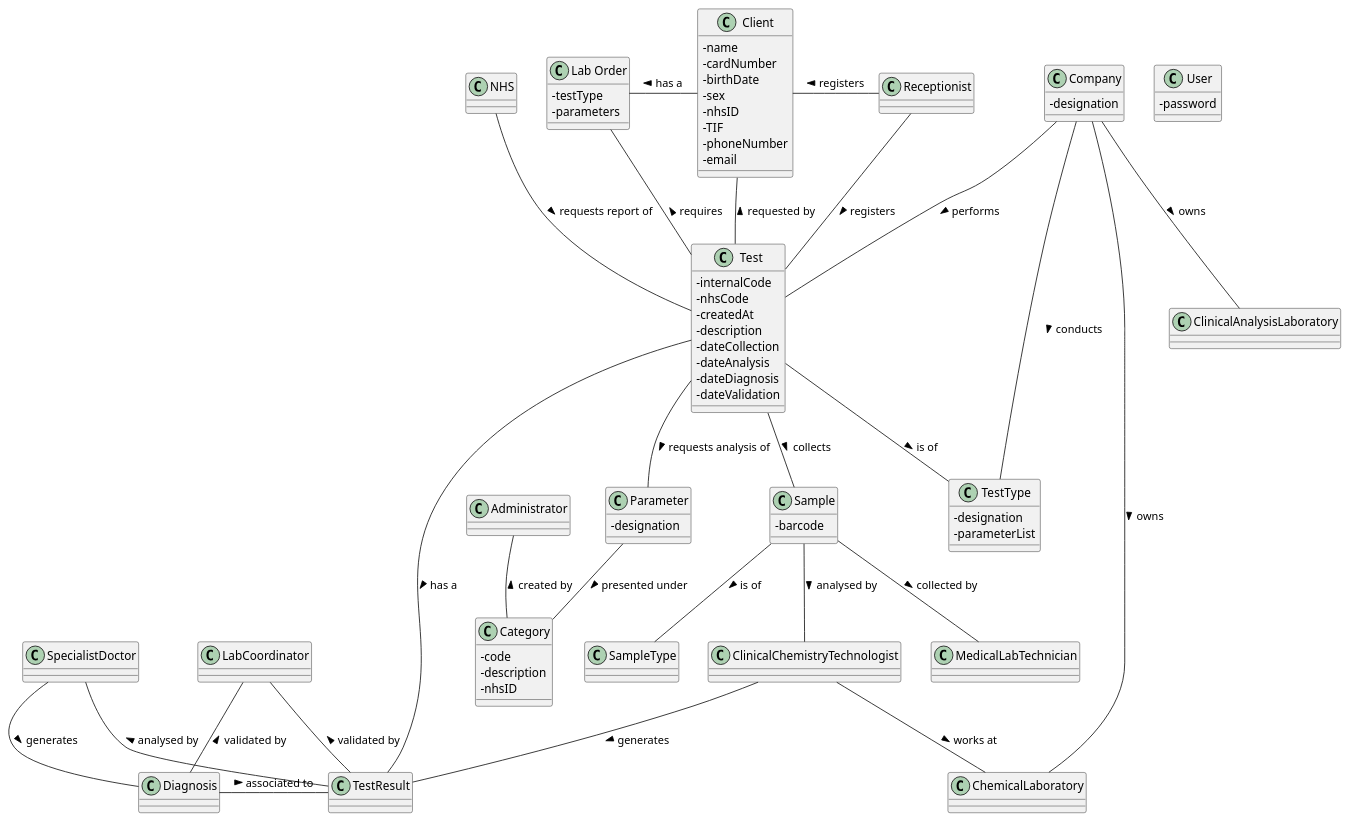
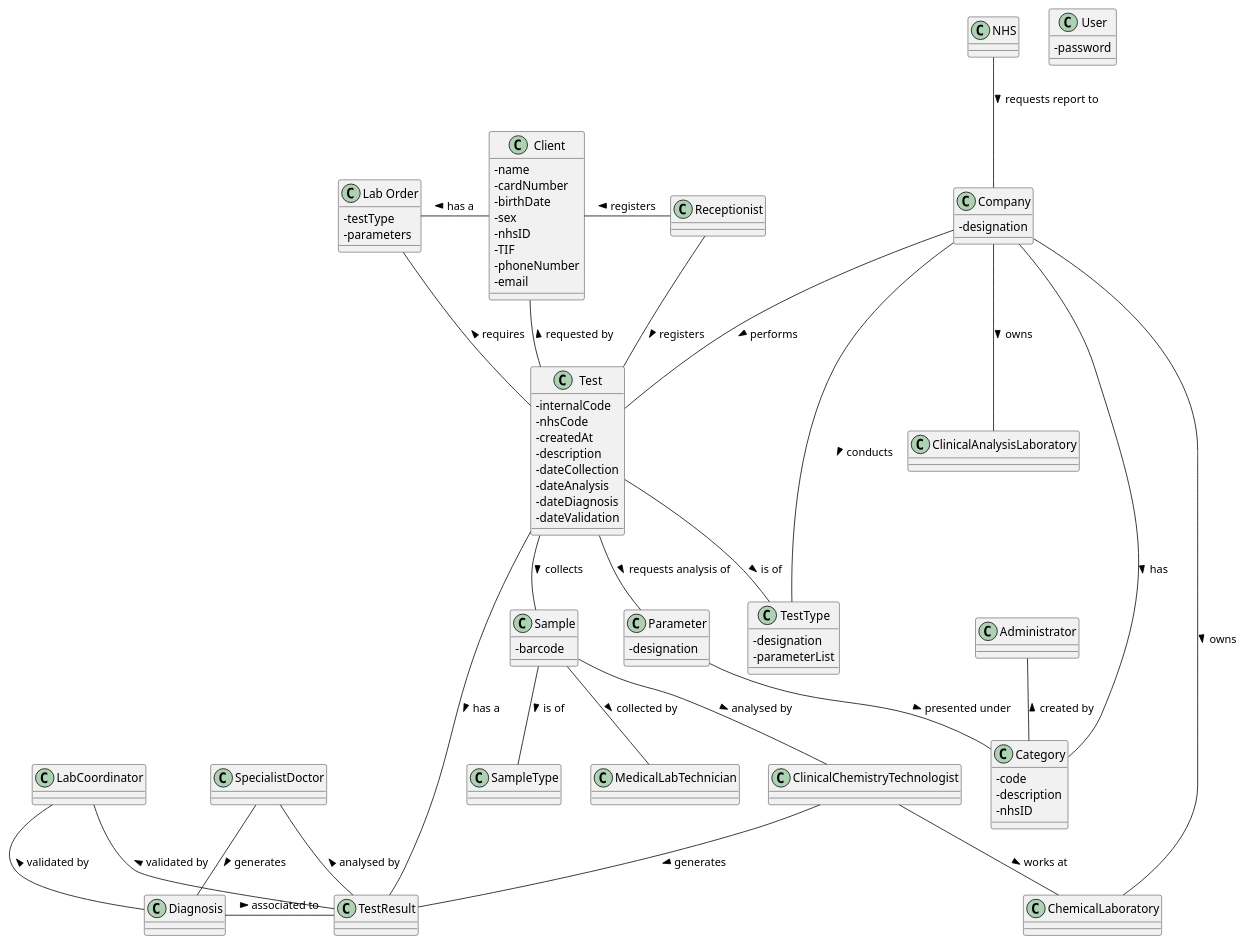
The diagram in docs/SprintA/DM.puml (MadDinosaur/ISEP-LAPR2), drawn with PlantUML before and after one commit.

Commit message:
Updated Domain Model - Added changes that were removed in merge.

```diff
--- a/docs/SprintA/DM.puml
+++ b/docs/SprintA/DM.puml
@@ -1,88 +1,89 @@
 @startuml
 skinparam classAttributeIconSize 0
 class Test {
 -internalCode 
 -nhsCode
 -createdAt
 -description 
 -dateCollection 
 -dateAnalysis 
 -dateDiagnosis 
 -dateValidation
 }
 class TestType {
 -designation
 -parameterList
 }
 class Client {
 -name 
 -cardNumber 
 -birthDate 
 -sex 
 -nhsID
 -TIF
 -phoneNumber
 -email
 }
 class Sample {
 -barcode
 }
 class Parameter {
 -designation
 }
 class "Lab Order" {
 -testType 
 -parameters 
 }
 class Company {
 -designation
 }
 class Category {
 -code
 -description
 -nhsID
 }
 class Administrator
 class SampleType
 class MedicalLabTechnician
 class ClinicalChemistryTechnologist
 class ChemicalLaboratory
 class Receptionist
 class TestResult
 class SpecialistDoctor
 class LabCoordinator
 class Diagnosis
 class NHS
 class User {
 -password
 }
 Client -left- "Lab Order" : has a >
 Company -down- TestType : conducts >
 Company -down- ChemicalLaboratory : owns >
 Company -down- ClinicalAnalysisLaboratory : owns >
 Test -down- "TestType" : is of >
 Test -up- Client : requested by >
 Test -down- Sample : collects >
 Test -down- Parameter : requests analysis of >
 Test -up- "Lab Order" : requires >
 Test -up- Company : performs <
 Test -down- TestResult : has a >
-Test -up- NHS: requests report of <
 Administrator -- Category : created by <
 Parameter -- Category : presented under >
 SampleType -up- Sample  : is of <
 MedicalLabTechnician -up- Sample : collected by <
 ClinicalChemistryTechnologist -up- Sample : analysed by <
 ClinicalChemistryTechnologist -down- ChemicalLaboratory : works at >
 Receptionist -left- Client : registers >
 Receptionist -down- Test : registers >
 TestResult -up- ClinicalChemistryTechnologist : generates <
 TestResult -up- SpecialistDoctor : analysed by >
 TestResult -up- LabCoordinator : validated by >
 Diagnosis -up- SpecialistDoctor : generates <
 Diagnosis -up- LabCoordinator : validated by >
 Diagnosis -right- TestResult : associated to >
+NHS -down- Company : requests report to >
+Company -down- Category : has >
 
 'Note:
 'Consider the following generalizations: Employee and Laboratory
 @enduml
```
